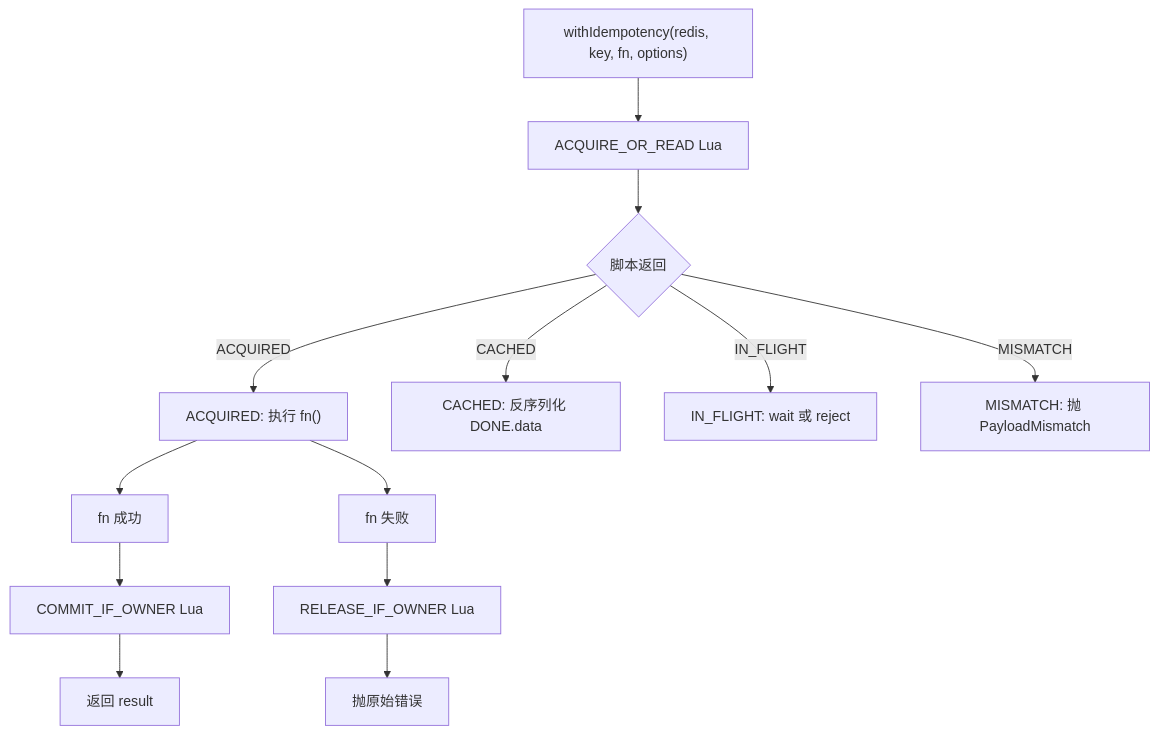
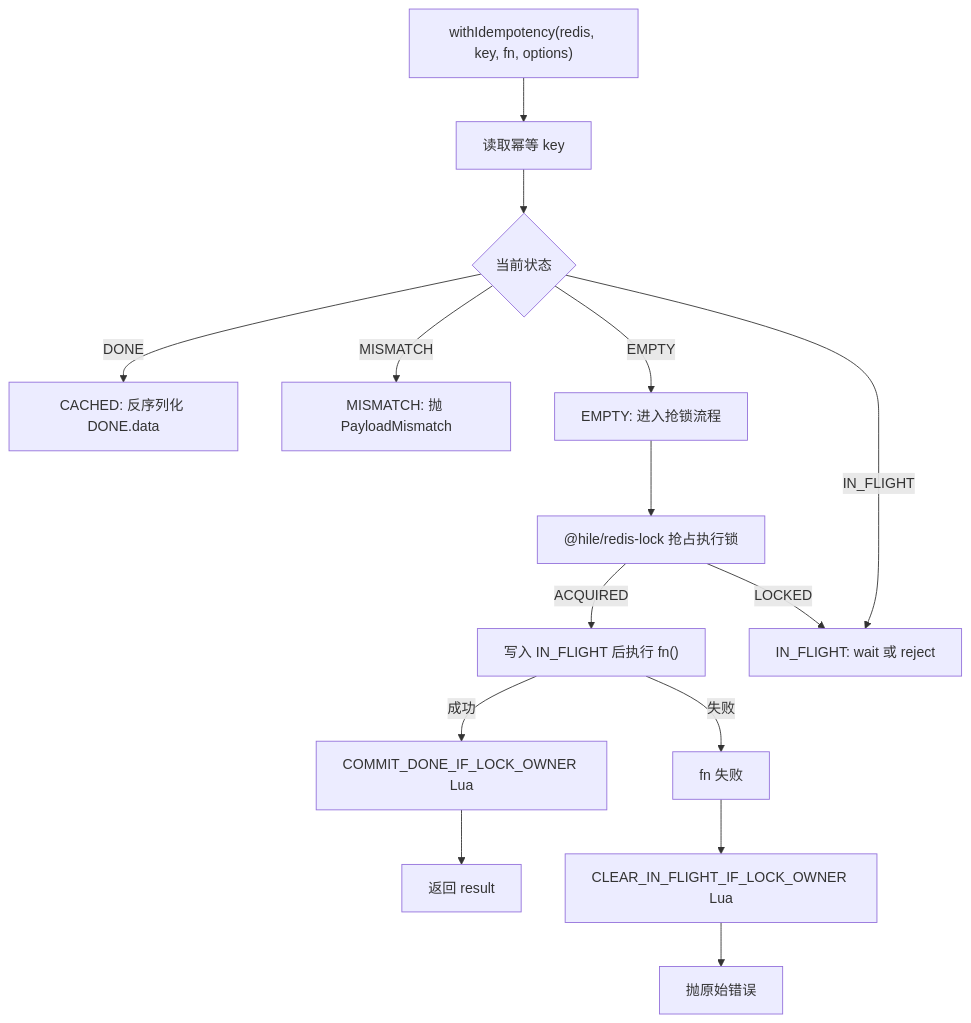
The second of 2 diagrams in docs/packages/redis-idempotency.mdx (cevio/hile), drawn with Mermaid before and after one commit. The commit also changed other lines of this file and 72 other files, not shown here.

````diff
--- a/docs/packages/redis-idempotency.mdx
+++ b/docs/packages/redis-idempotency.mdx
@@ -235,24 +238,27 @@
 ```mermaid
 flowchart TD
     A["withIdempotency(redis, key, fn, options)"]
-    B["ACQUIRE_OR_READ Lua"]
-    C{"脚本返回"}
-    D["ACQUIRED: 执行 fn()"]
-    E["fn 成功"]
-    F["COMMIT_IF_OWNER Lua"]
+    B["读取幂等 key"]
+    C{"当前状态"}
+    D["@hile/redis-lock 抢占执行锁"]
+    E["写入 IN_FLIGHT 后执行 fn()"]
+    F["COMMIT_DONE_IF_LOCK_OWNER Lua"]
     G["返回 result"]
     H["fn 失败"]
-    I["RELEASE_IF_OWNER Lua"]
+    I["CLEAR_IN_FLIGHT_IF_LOCK_OWNER Lua"]
     J["抛原始错误"]
     K["CACHED: 反序列化 DONE.data"]
     L["IN_FLIGHT: wait 或 reject"]
     M["MISMATCH: 抛 PayloadMismatch"]
+    N["EMPTY: 进入抢锁流程"]
 
     A --> B --> C
-    C -->|"ACQUIRED"| D
-    D --> E --> F --> G
-    D --> H --> I --> J
-    C -->|"CACHED"| K
+    C -->|"DONE"| K
     C -->|"IN_FLIGHT"| L
     C -->|"MISMATCH"| M
+    C -->|"EMPTY"| N --> D
+    D -->|"ACQUIRED"| E
+    D -->|"LOCKED"| L
+    E -->|"成功"| F --> G
+    E -->|"失败"| H --> I --> J
 ```
````
